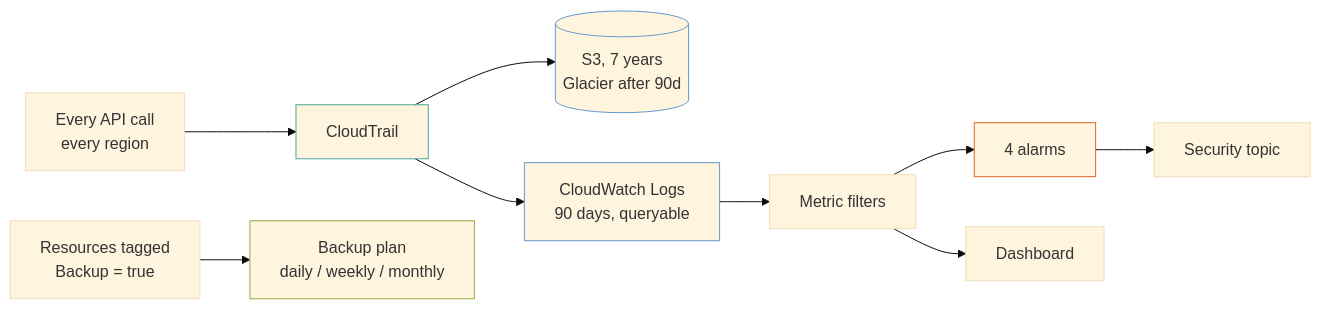
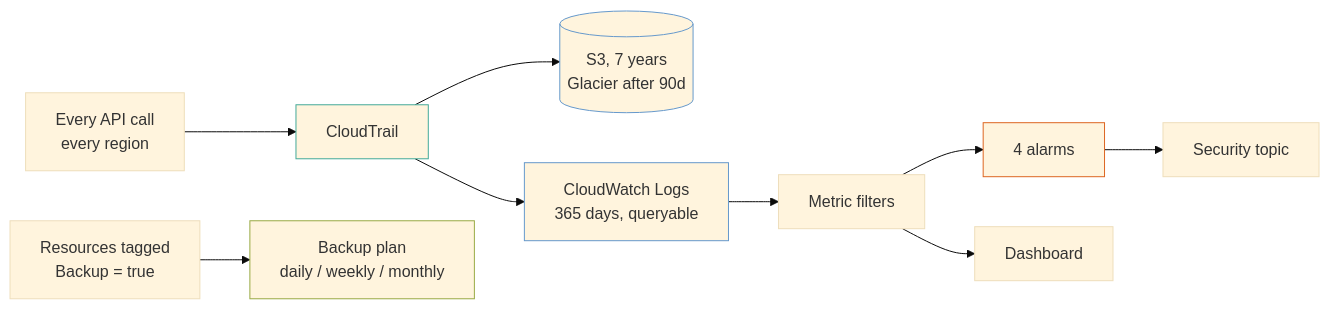
The diagram in examples/account-baseline/README.md (kingletas/terraform-aws-modules), drawn with Mermaid (base theme) before and after one commit. The commit also changed other lines of this file and 50 other files, not shown here.

````diff
--- a/examples/account-baseline/README.md
+++ b/examples/account-baseline/README.md
@@ -9,18 +9,18 @@
 ```mermaid
 graph LR
   API[Every API call<br/>every region] --> CT[CloudTrail]
   CT --> S3[(S3, 7 years<br/>Glacier after 90d)]
-  CT --> CW[CloudWatch Logs<br/>90 days, queryable]
+  CT --> CW[CloudWatch Logs<br/>365 days, queryable]
   CW --> MF[Metric filters]
   MF --> AL[4 alarms]
   AL --> SNS[Security topic]
   MF --> DB[Dashboard]
 
   TAG[Resources tagged<br/>Backup = true] --> BP[Backup plan<br/>daily / weekly / monthly]
 
   style CT stroke:#4a9
   style S3 stroke:#69c
   style CW stroke:#69c
   style AL stroke:#d62
   style BP stroke:#9a4
 ```
````
